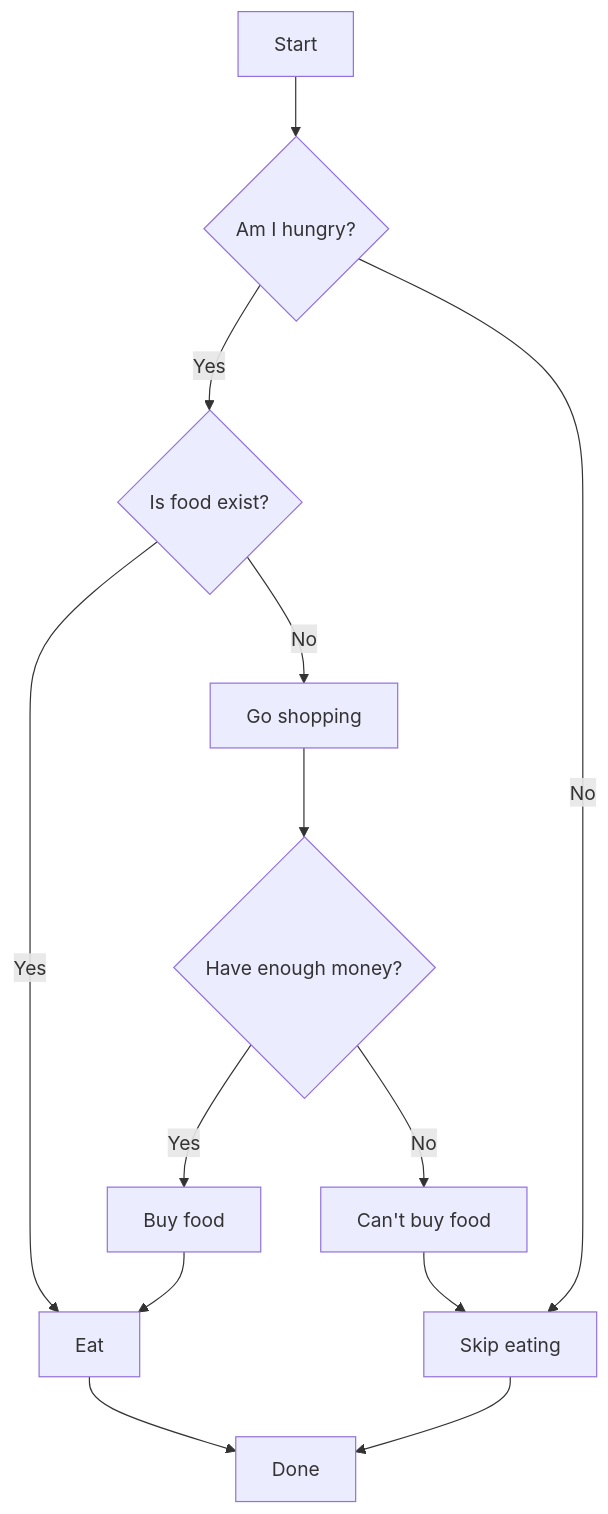
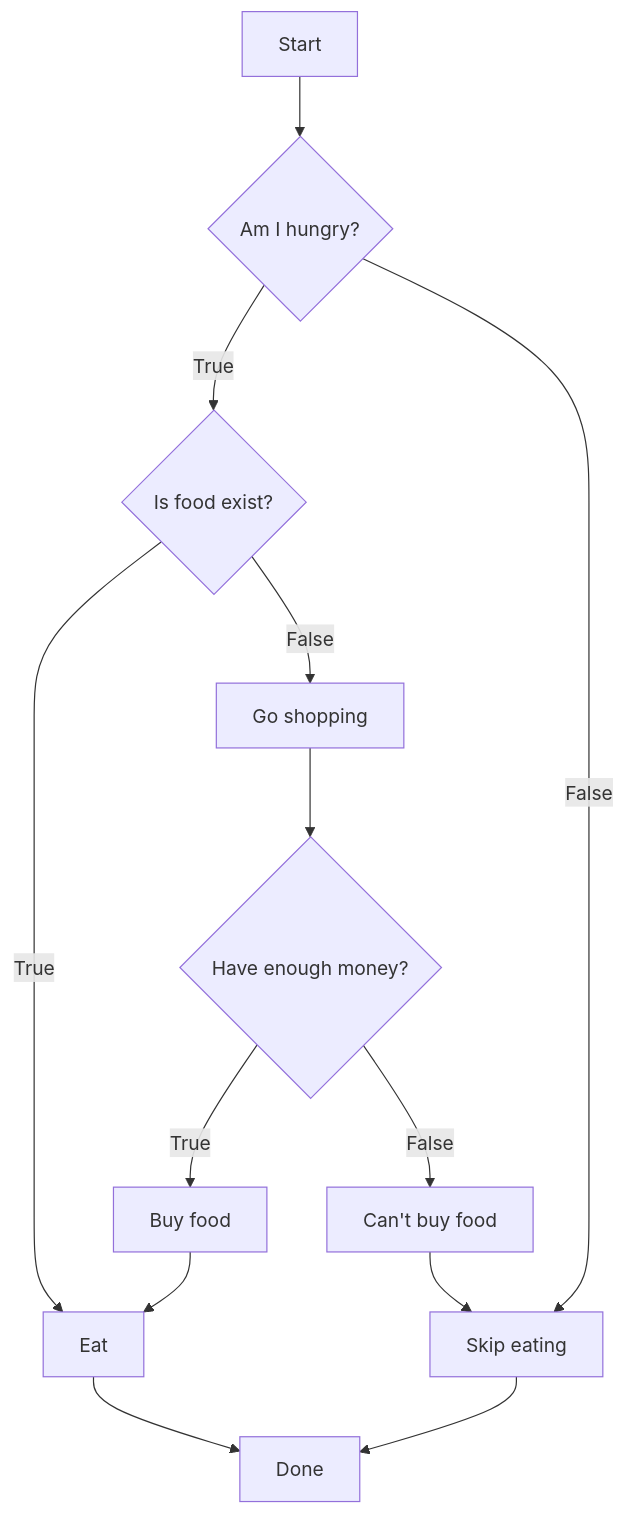
One commit to rahmanda/ayongulik changed the first of 4 diagrams in courses/level-0/algoritma-menggunakan-python/3-conditionals.md. Above: the diagram before and after it, drawn with Mermaid. The commit also changed other lines of this file, not shown here.

Commit message:
docs(algoritma): replace diagram with True and False for branching

````diff
--- a/courses/level-0/algoritma-menggunakan-python/3-conditionals.md
+++ b/courses/level-0/algoritma-menggunakan-python/3-conditionals.md
@@ -5,15 +5,15 @@
 ```mermaid
 flowchart TD
     A[Start] --> B{Am I hungry?}
-    B -- Yes --> C{Is food exist?}
-    C -- Yes --> D[Eat]
-    B -- No --> E[Skip eating]
-    C -- No --> F[Go shopping]
+    B -- True --> C{Is food exist?}
+    C -- True --> D[Eat]
+    B -- False --> E[Skip eating]
+    C -- False --> F[Go shopping]
     F --> G{Have enough money?}
-    G -- Yes --> H[Buy food]
+    G -- True --> H[Buy food]
     H --> D
-    G -- No --> I[Can't buy food]
+    G -- False --> I[Can't buy food]
     I --> E
     E --> J[Done]
     D --> J
 ```
````
